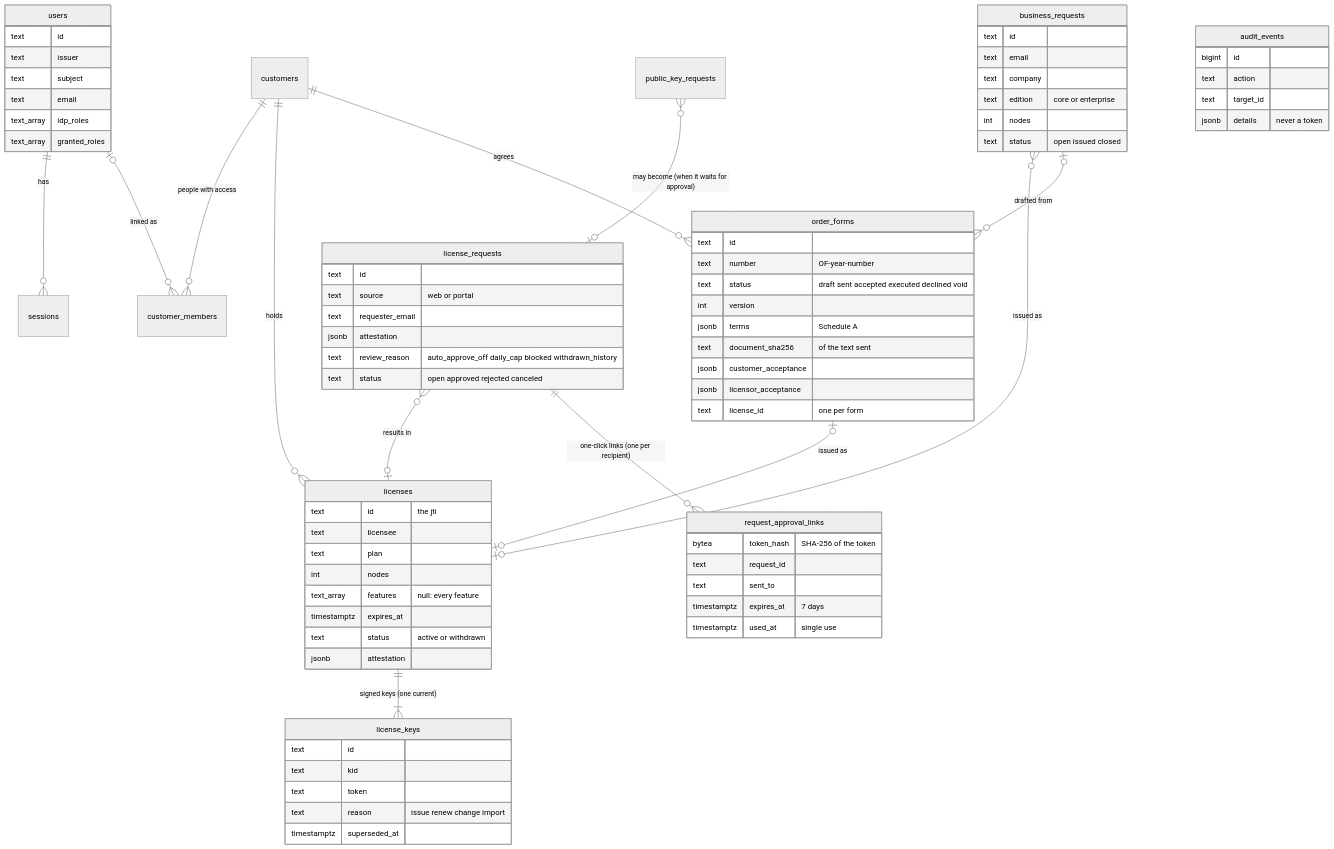
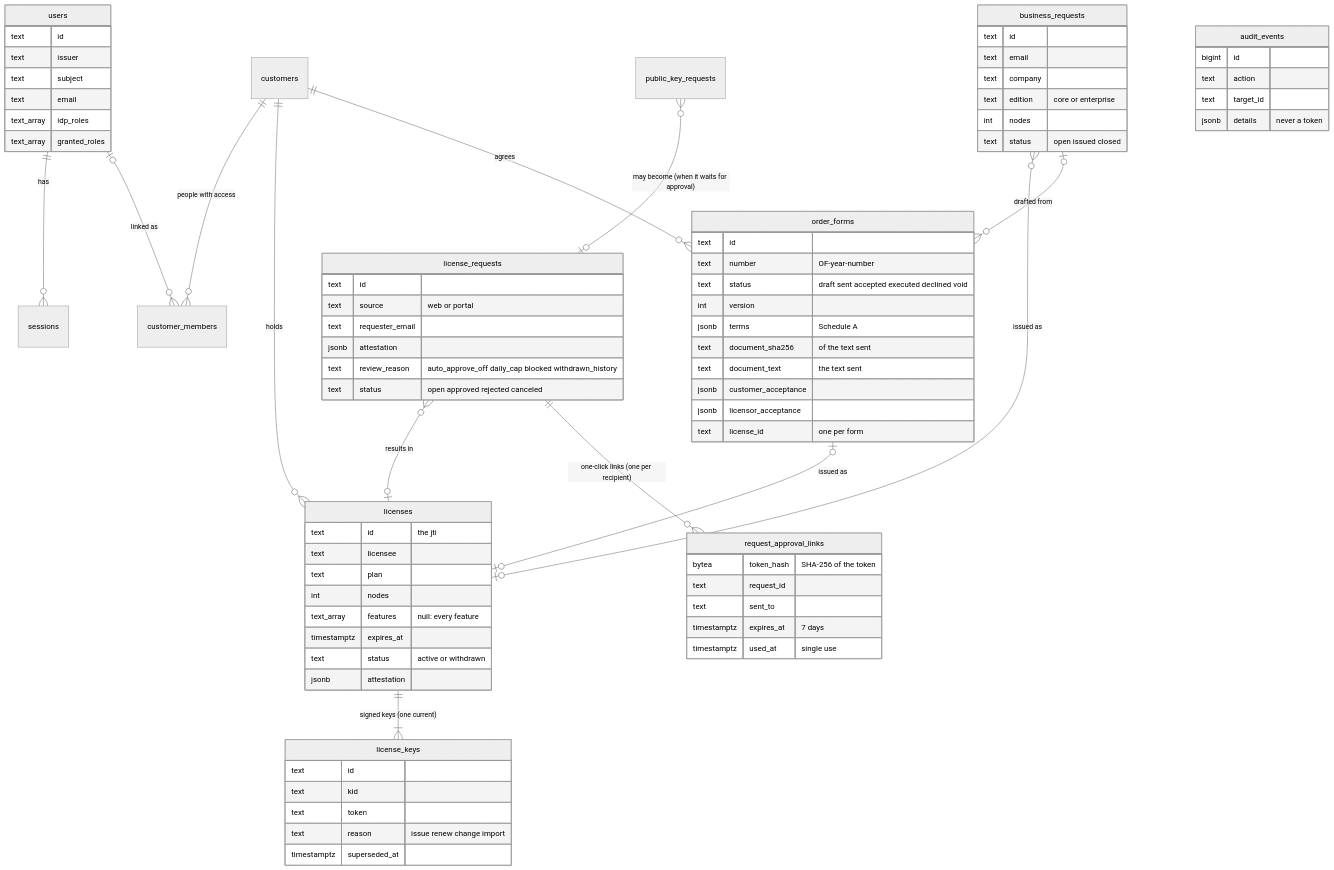
The tenth of 10 diagrams in license-server/docs/architecture.md (robertherbaugh/kudurru), drawn with Mermaid (neutral theme) before and after one commit. The commit also changed other lines of this file and 10 other files, not shown here.

````diff
--- a/license-server/docs/architecture.md
+++ b/license-server/docs/architecture.md
@@ -287,80 +289,81 @@
 ```mermaid
 erDiagram
     users ||--o{ sessions : has
     users |o--o{ customer_members : "linked as"
     customers ||--o{ customer_members : "people with access"
     customers ||--o{ licenses : holds
     licenses ||--|{ license_keys : "signed keys (one current)"
     license_requests }o--o| licenses : "results in"
     license_requests ||--o{ request_approval_links : "one-click links (one per recipient)"
     public_key_requests }o--o| license_requests : "may become (when it waits for approval)"
     business_requests }o--o| licenses : "issued as"
     customers ||--o{ order_forms : "agrees"
     business_requests |o--o{ order_forms : "drafted from"
     order_forms |o--o| licenses : "issued as"
     users {
         text id
         text issuer
         text subject
         text email
         text_array idp_roles
         text_array granted_roles
     }
     licenses {
         text id "the jti"
         text licensee
         text plan
         int nodes
         text_array features "null: every feature"
         timestamptz expires_at
         text status "active or withdrawn"
         jsonb attestation
     }
     license_keys {
         text id
         text kid
         text token
         text reason "issue renew change import"
         timestamptz superseded_at
     }
     license_requests {
         text id
         text source "web or portal"
         text requester_email
         jsonb attestation
         text review_reason "auto_approve_off daily_cap blocked withdrawn_history"
         text status "open approved rejected canceled"
     }
     business_requests {
         text id
         text email
         text company
         text edition "core or enterprise"
         int nodes
         text status "open issued closed"
     }
     order_forms {
         text id
         text number "OF-year-number"
         text status "draft sent accepted executed declined void"
         int version
         jsonb terms "Schedule A"
         text document_sha256 "of the text sent"
+        text document_text "the text sent"
         jsonb customer_acceptance
         jsonb licensor_acceptance
         text license_id "one per form"
     }
     request_approval_links {
         bytea token_hash "SHA-256 of the token"
         text request_id
         text sent_to
         timestamptz expires_at "7 days"
         timestamptz used_at "single use"
     }
     audit_events {
         bigint id
         text action
         text target_id
         jsonb details "never a token"
     }
 ```
````
